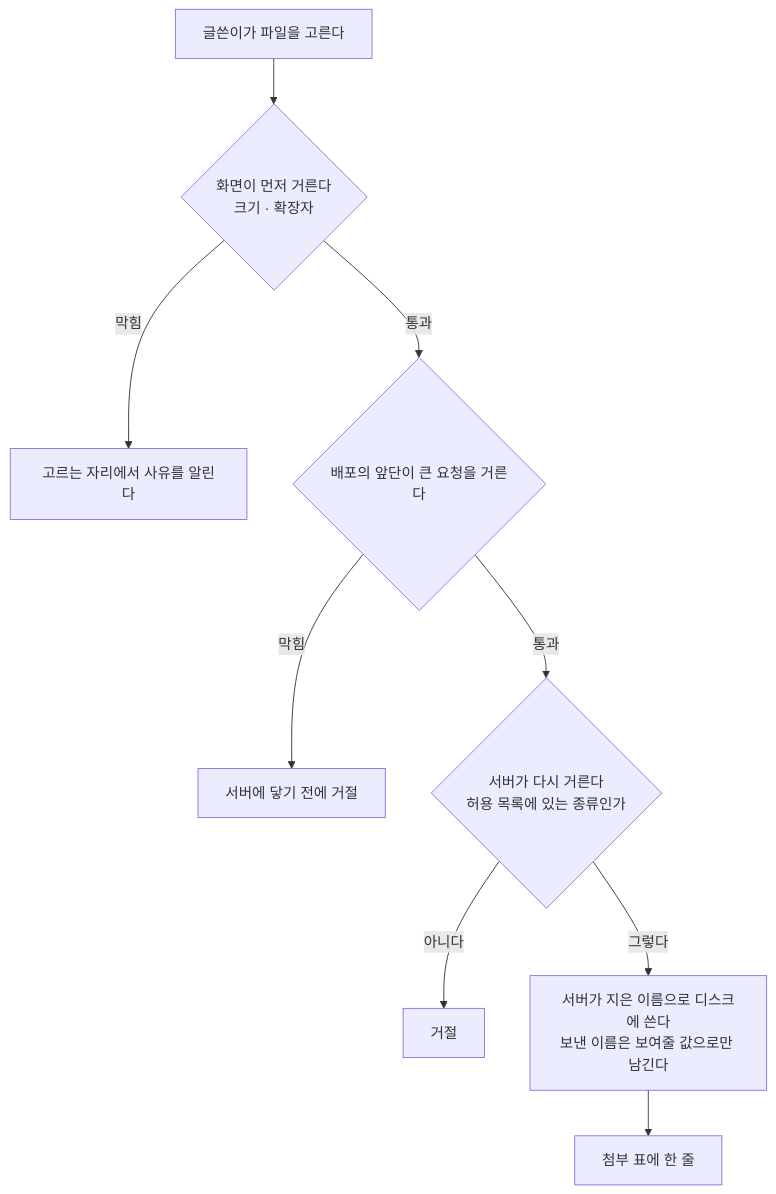
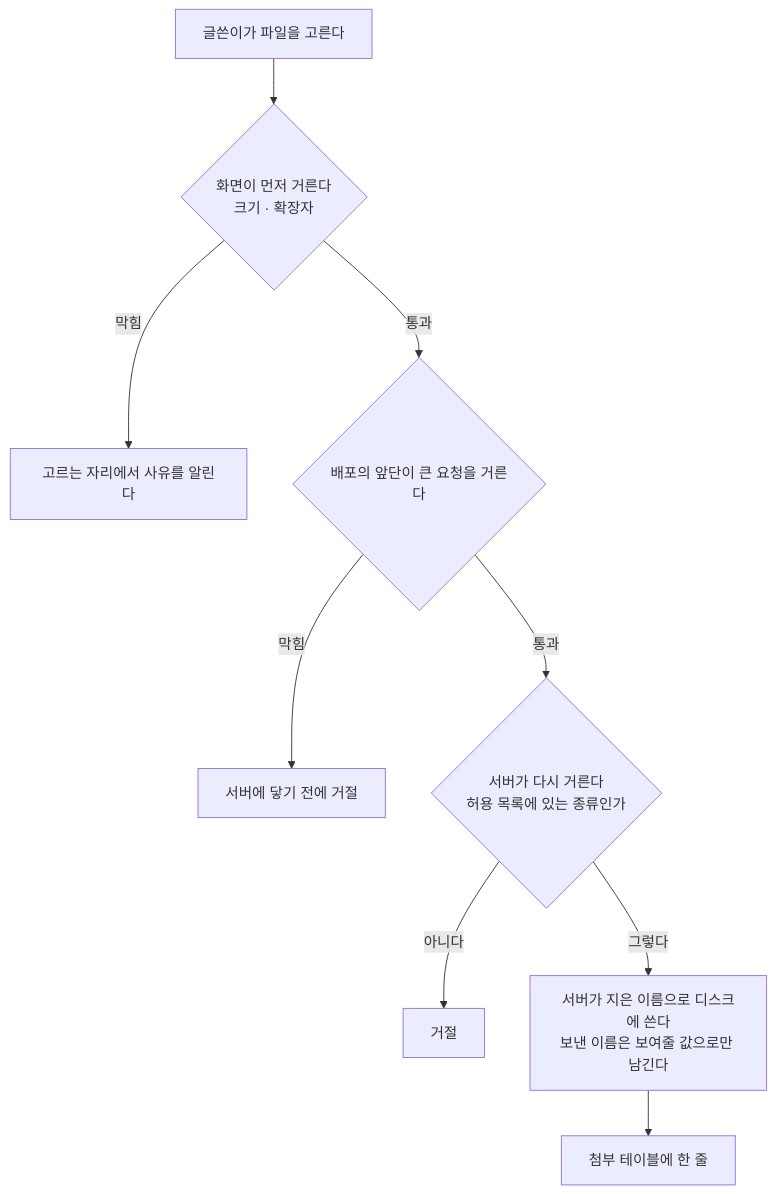
Before and after one commit to minkong-dev/Banblit: the second of 2 diagrams in .cluedoc/boards/README.md, drawn with Mermaid. The commit also changed other lines of this file and 15 other files, not shown here.

````diff
--- a/.cluedoc/boards/README.md
+++ b/.cluedoc/boards/README.md
@@ -97,11 +96,11 @@
 ```mermaid
 flowchart TD
     A[글쓴이가 파일을 고른다] --> B{화면이 먼저 거른다<br/>크기 · 확장자}
     B -->|막힘| X1[고르는 자리에서 사유를 알린다]
     B -->|통과| C{배포의 앞단이 큰 요청을 거른다}
     C -->|막힘| X2[서버에 닿기 전에 거절]
     C -->|통과| D{서버가 다시 거른다<br/>허용 목록에 있는 종류인가}
     D -->|아니다| X3[거절]
     D -->|그렇다| E[서버가 지은 이름으로 디스크에 쓴다<br/>보낸 이름은 보여줄 값으로만 남긴다]
-    E --> F[첨부 표에 한 줄]
+    E --> F[첨부 테이블에 한 줄]
 ```
````
